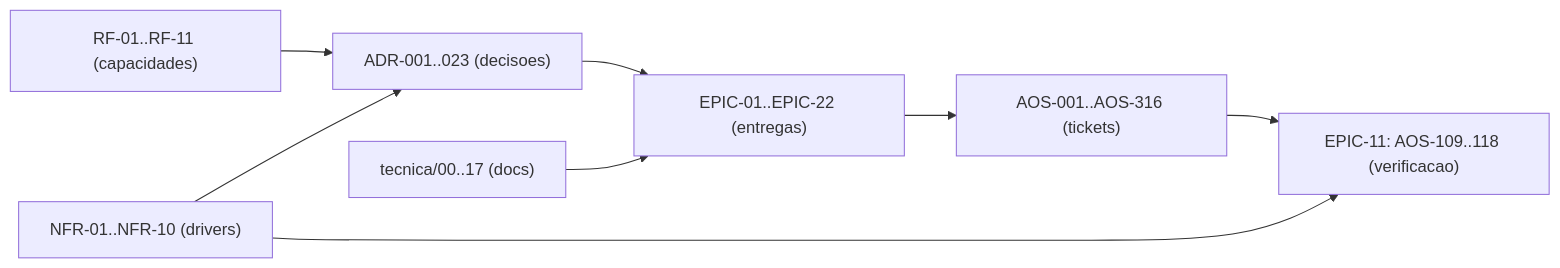
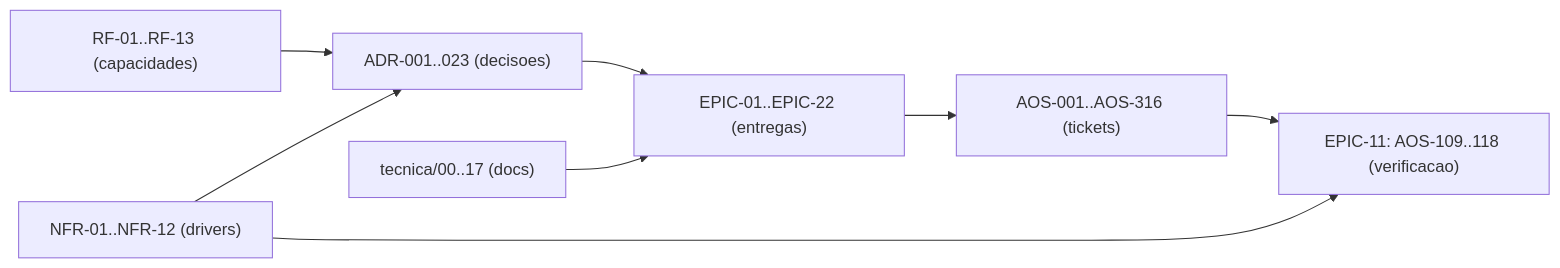
The diagram in tecnica/16_Rastreabilidade_RTM.md (albinoJimy/aos), drawn with Mermaid before and after one commit. The commit also changed other lines of this file and 2 other files, not shown here.

````diff
--- a/tecnica/16_Rastreabilidade_RTM.md
+++ b/tecnica/16_Rastreabilidade_RTM.md
@@ -176,10 +178,10 @@
 ```mermaid
 flowchart LR
-    RF["RF-01..RF-11 (capacidades)"] --> ADR["ADR-001..023 (decisoes)"]
-    NFR["NFR-01..NFR-10 (drivers)"] --> ADR
+    RF["RF-01..RF-13 (capacidades)"] --> ADR["ADR-001..023 (decisoes)"]
+    NFR["NFR-01..NFR-12 (drivers)"] --> ADR
     ADR --> EPIC["EPIC-01..EPIC-22 (entregas)"]
     EPIC --> TICK["AOS-001..AOS-316 (tickets)"]
     DOC["tecnica/00..17 (docs)"] --> EPIC
     TICK --> TEST["EPIC-11: AOS-109..118 (verificacao)"]
     NFR --> TEST
 ```
````
